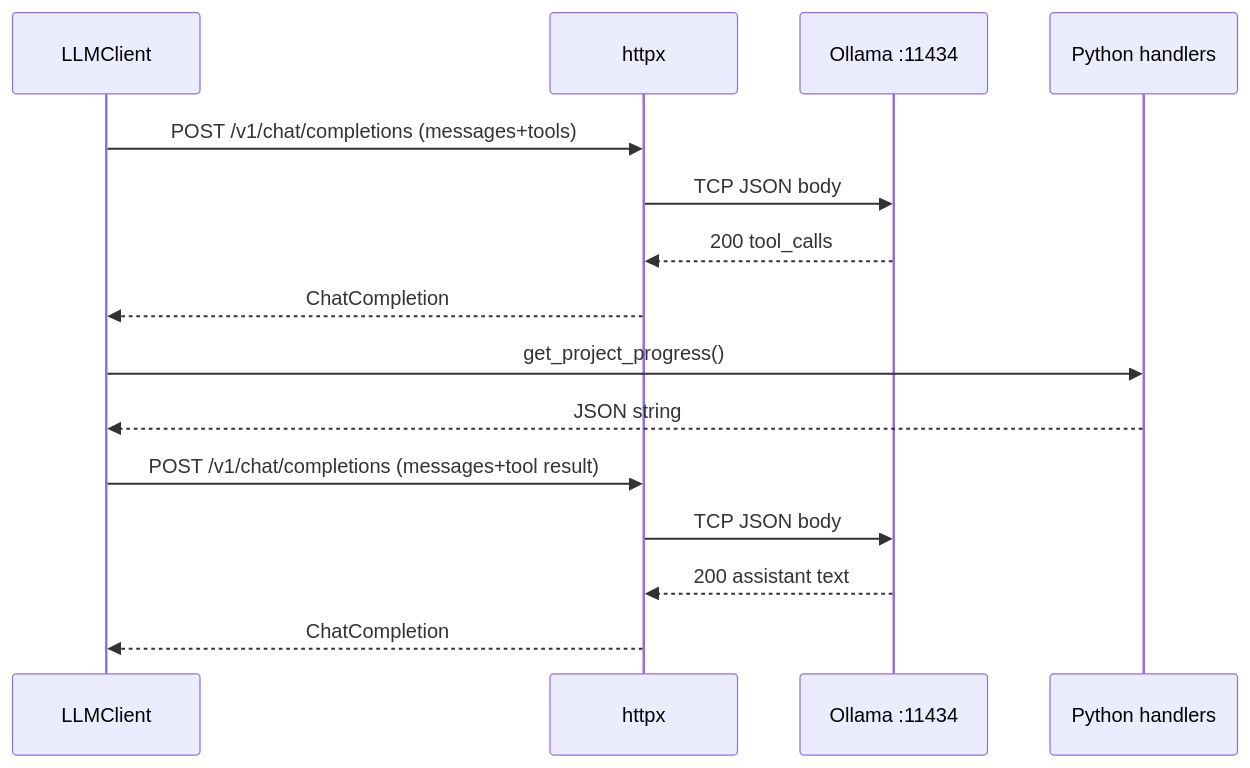
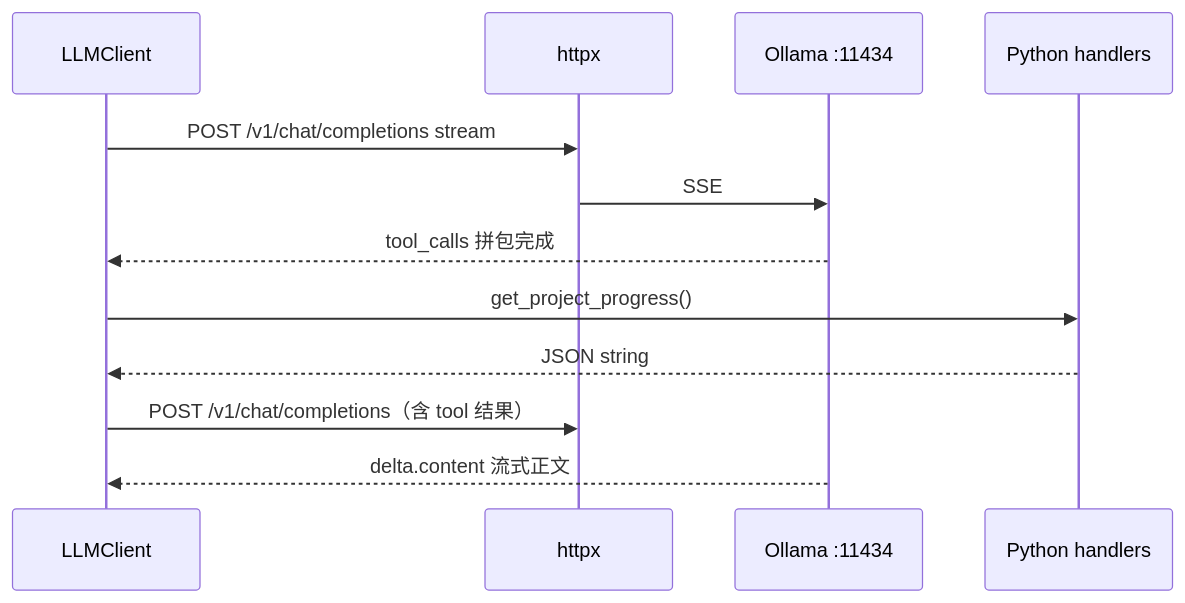
Before and after one commit to zackdlut/ai_ardunio: the eighth of 10 diagrams in docs/ARCHITECTURE.md, drawn with Mermaid. The commit also changed other lines of this file and 10 other files, not shown here.

````diff
--- a/docs/ARCHITECTURE.md
+++ b/docs/ARCHITECTURE.md
@@ -494,18 +544,15 @@
 ```mermaid
 sequenceDiagram
     participant App as LLMClient
     participant HTTP as httpx
     participant Srv as Ollama :11434
     participant Py as Python handlers
 
-    App->>HTTP: POST /v1/chat/completions (messages+tools)
-    HTTP->>Srv: TCP JSON body
-    Srv-->>HTTP: 200 tool_calls
-    HTTP-->>App: ChatCompletion
+    App->>HTTP: POST /v1/chat/completions stream
+    HTTP->>Srv: SSE
+    Srv-->>App: tool_calls 拼包完成
     App->>Py: get_project_progress()
     Py-->>App: JSON string
-    App->>HTTP: POST /v1/chat/completions (messages+tool result)
-    HTTP->>Srv: TCP JSON body
-    Srv-->>HTTP: 200 assistant text
-    HTTP-->>App: ChatCompletion
+    App->>HTTP: POST /v1/chat/completions（含 tool 结果）
+    Srv-->>App: delta.content 流式正文
 ```
````
